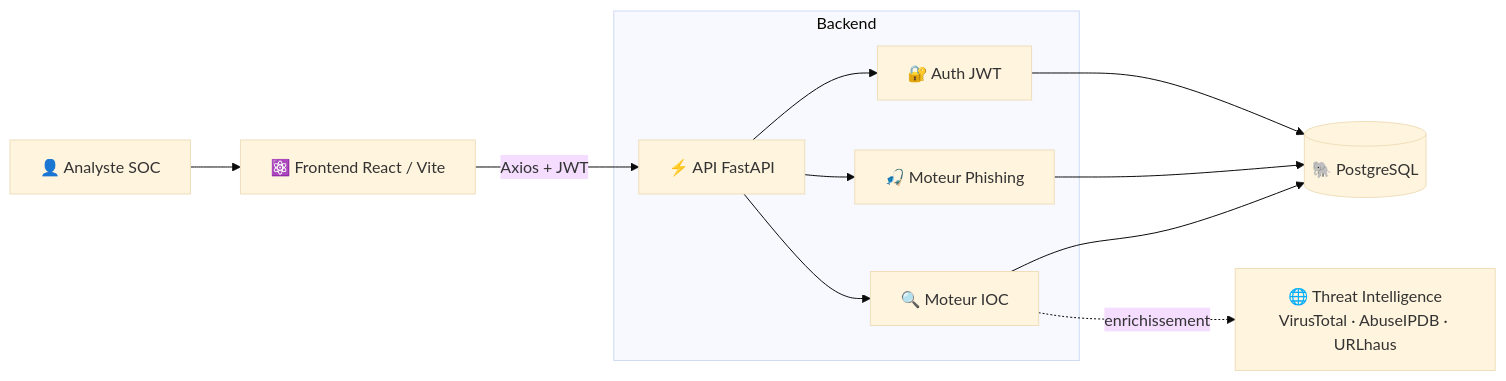
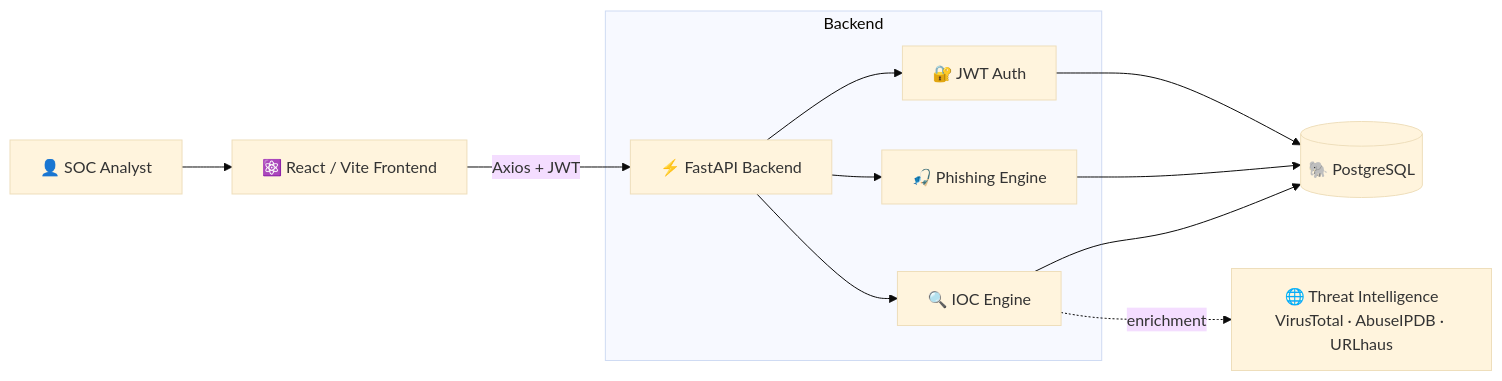
The diagram in README.md (Givemeboga/Baitway), drawn with Mermaid (base theme) before and after one commit. The commit also changed other lines of this file, not shown here.

````diff
--- a/README.md
+++ b/README.md
@@ -93,17 +93,17 @@
 ```mermaid
 flowchart LR
-    U[👤 Analyste SOC] --> FE[⚛️ Frontend React / Vite]
-    FE -->|Axios + JWT| API[⚡ API FastAPI]
+    U[👤 SOC Analyst] --> FE[⚛️ React / Vite Frontend]
+    FE -->|Axios + JWT| API[⚡ FastAPI Backend]
 
     subgraph Backend
-        API --> AUTH[🔐 Auth JWT]
-        API --> PH[🎣 Moteur Phishing]
-        API --> IOC[🔍 Moteur IOC]
+        API --> AUTH[🔐 JWT Auth]
+        API --> PH[🎣 Phishing Engine]
+        API --> IOC[🔍 IOC Engine]
     end
 
     AUTH --> DB[(🐘 PostgreSQL)]
     PH --> DB
     IOC --> DB
 
-    IOC -.->|enrichissement| TI[🌐 Threat Intelligence<br/>VirusTotal · AbuseIPDB · URLhaus]
+    IOC -.->|enrichment| TI[🌐 Threat Intelligence<br/>VirusTotal · AbuseIPDB · URLhaus]
 ```
````
